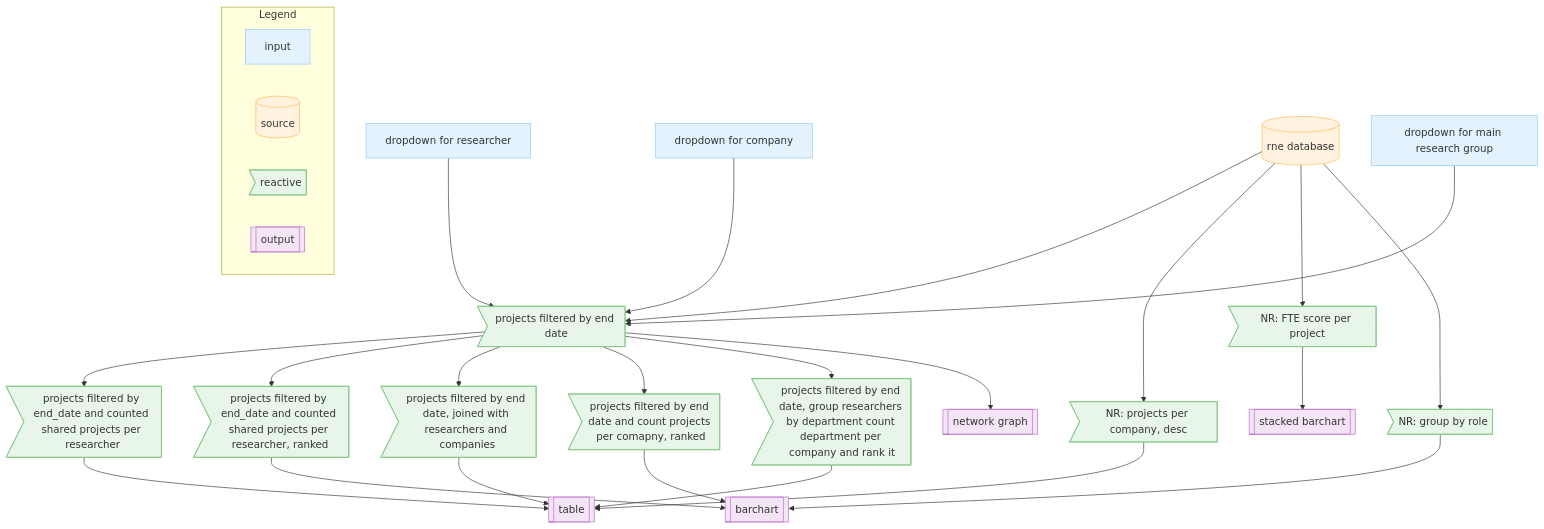
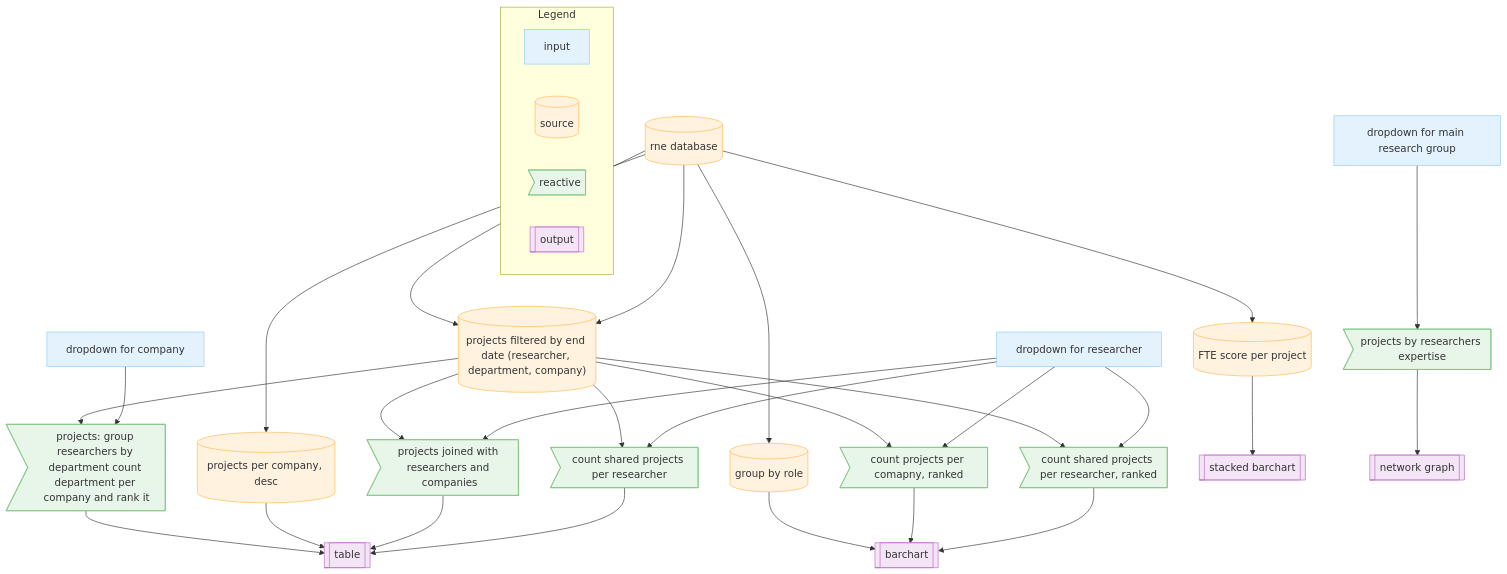
The diagram in theory/mermaid/example_flowchart_mermaid.mmd (ihno999/ReE_group1), drawn with Mermaid before and after one commit.

Commit message:
feature: v3 mermaid.

```diff
--- a/theory/mermaid/example_flowchart_mermaid.mmd
+++ b/theory/mermaid/example_flowchart_mermaid.mmd
@@ -1,82 +1,88 @@
 flowchart TD
 %% ===============================
 %% K-means Clustering on Iris Data
 %% ===============================
 
 %% Inputs
 %%  A[Select X variable]:::input
 %%  B[Select Y variable]:::input
 %%  C[Select number of clusters]:::input
     dropdownResearcher[dropdown for researcher]:::input
     dropdownCompany[dropdown for company]:::input
     dropdownMainResearchGroup[dropdown for main research group]:::input
 
 %% Source
 %%  D[(iris dataset)]:::source
     rneDatabase[(rne database)]:::source
+    projectsFilteredByEndDate[("projects filtered by end date (researcher, department, company)")]:::source
+    BQ4A1_projectsPerCompany[(projects per company, desc)]:::source
+    BQ6A1_fteScorePerProject[(FTE score per project)]:::source
+    BQ6A2_groupByRole[(group by role)]:::source
 
 %% Reactives
 %%  E>subset: iris, input$xvar, input$yvar]:::reactive
 %%  F>kmeans, centers = input$clusters]:::reactive
-    projectsFilteredByEndDate>projects filtered by end date]:::reactive
+    rneDatabase --> projectsFilteredByEndDate
 
-    BQ2A1_projectsFilteredByEndDateAndCountSharedProjects>projects filtered by end_date and counted shared projects per researcher]:::reactive
-    BQ2A2_projectsFilteredByEndDateAndCountSharedProjectsAndRankIt>projects filtered by end_date and counted shared projects per researcher, ranked]:::reactive
+    BQ2A1_projectsFilteredByEndDateAndCountSharedProjects>count shared projects per researcher]:::reactive
+    BQ2A2_projectsFilteredByEndDateAndCountSharedProjectsAndRankIt>count shared projects per researcher, ranked]:::reactive
 
-    BQ3A1_projectsFilteredByEndDateJoinWithResearchersAndCompanies>projects filtered by end date, joined with researchers and companies]:::reactive
-    BQ3A2_projectsFilteredByEndDateCountProjectsPerCompanyAndRankIt>projects filtered by end date and count projects per comapny, ranked]:::reactive
+    BQ3A1_projectsFilteredByEndDateJoinWithResearchersAndCompanies>projects joined with researchers and companies]:::reactive
+    BQ3A2_projectsFilteredByEndDateCountProjectsPerCompanyAndRankIt>count projects per comapny, ranked]:::reactive
 
-    BQ4A1_projectsPerCompany>NR: projects per company, desc]:::reactive
+    BQ5A1_projectsFilteredByEndDateAndGroupResearchersByDepartmentAndCountDepartmentPerCompanyAndRankIt>projects: group researchers by department count department per company and rank it]:::reactive
+    BQ5A2_projectsFilteredByResearchersExpertise>projects by researchers expertise]:::reactive
 
-    BQ5A1_projectsFilteredByEndDateAndGroupResearchersByDepartmentAndCountDepartmentPerCompanyAndRankIt>projects filtered by end date, group researchers by department count department per company and rank it]:::reactive
-%%    BQ5A2_projectsFilteredByEndDate>projects filtered by end date]:::reactive
-
-    BQ6A1_fteScorePerProject>NR: FTE score per project]:::reactive
-    BQ6A2_groupByRole>NR: group by role]:::reactive
 
 
 %% Output
 %%  G[[renderPlot: scatter plot with cluster colors]]:::output
     stackedBarchart[[stacked barchart]]:::output
     barchart[[barchart]]:::output
     table[[table]]:::output
     networkGraph[[network graph]]:::output
 
 
 
 %% Edges
     rneDatabase --> projectsFilteredByEndDate
-    dropdownResearcher --> projectsFilteredByEndDate
-    dropdownCompany --> projectsFilteredByEndDate
 
+    dropdownResearcher --> BQ2A1_projectsFilteredByEndDateAndCountSharedProjects
     projectsFilteredByEndDate --> BQ2A1_projectsFilteredByEndDateAndCountSharedProjects --> table
+
+    dropdownResearcher --> BQ2A2_projectsFilteredByEndDateAndCountSharedProjectsAndRankIt
     projectsFilteredByEndDate --> BQ2A2_projectsFilteredByEndDateAndCountSharedProjectsAndRankIt --> barchart
+
+    dropdownResearcher --> BQ3A1_projectsFilteredByEndDateJoinWithResearchersAndCompanies
     projectsFilteredByEndDate --> BQ3A1_projectsFilteredByEndDateJoinWithResearchersAndCompanies --> table
+
+    dropdownResearcher --> BQ3A2_projectsFilteredByEndDateCountProjectsPerCompanyAndRankIt
     projectsFilteredByEndDate --> BQ3A2_projectsFilteredByEndDateCountProjectsPerCompanyAndRankIt --> barchart
 
     rneDatabase --> BQ4A1_projectsPerCompany --> table
 
+    dropdownCompany --> BQ5A1_projectsFilteredByEndDateAndGroupResearchersByDepartmentAndCountDepartmentPerCompanyAndRankIt
     projectsFilteredByEndDate --> BQ5A1_projectsFilteredByEndDateAndGroupResearchersByDepartmentAndCountDepartmentPerCompanyAndRankIt --> table
 
-    dropdownMainResearchGroup --> projectsFilteredByEndDate --> networkGraph
+    dropdownMainResearchGroup --> BQ5A2_projectsFilteredByResearchersExpertise --> networkGraph
 
     rneDatabase --> BQ6A1_fteScorePerProject --> stackedBarchart
     rneDatabase --> BQ6A2_groupByRole --> barchart
 
 %% Legend
     subgraph Legend
         L1[input]
         L2[(source)]
         L3>reactive]
         L4[[output]]
         class L1 input
         class L2 source
         class L3 reactive
         class L4 output
     end
 
 %% Class Definitions
     classDef input fill:#E3F2FD,stroke:#90CAF9
     classDef source fill:#FFF3E0,stroke:#FFB74D
     classDef reactive fill:#E8F5E9,stroke:#81C784
     classDef output fill:#F3E5F5,stroke:#BA68C8
```
